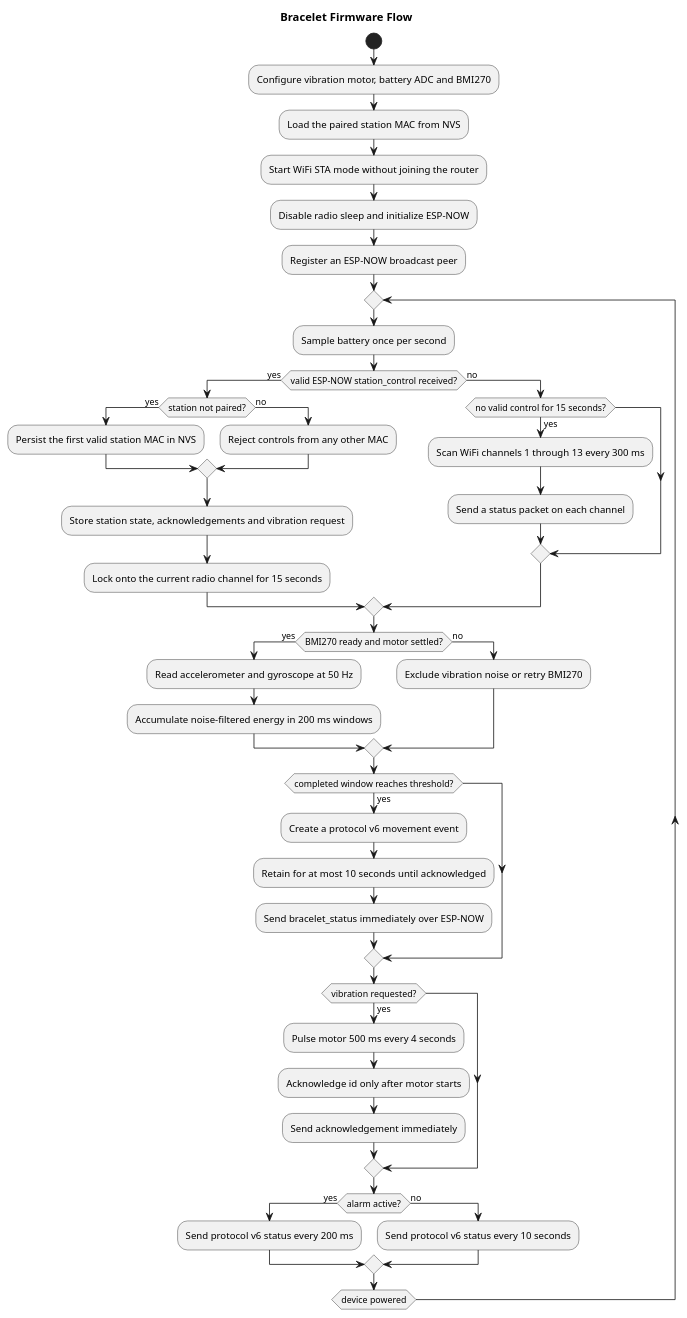
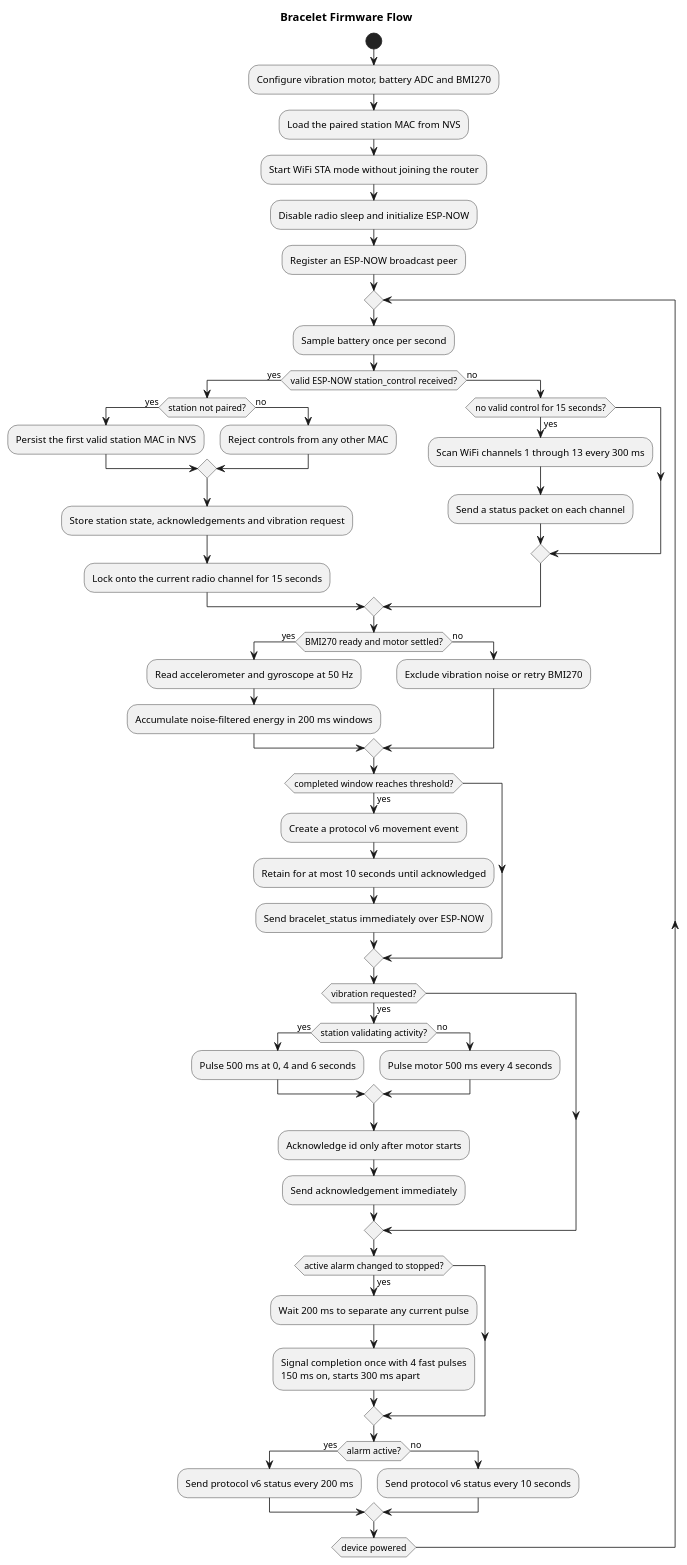
Before and after one commit to Jzn-wbr/Starter: the diagram in code/bracelet/UML/bracelet_firmware_flow.puml, drawn with PlantUML. The commit also changed 8 other files, not shown here.

```diff
--- a/code/bracelet/UML/bracelet_firmware_flow.puml
+++ b/code/bracelet/UML/bracelet_firmware_flow.puml
@@ -1,55 +1,64 @@
 @startuml
 title Bracelet Firmware Flow
 
 start
 :Configure vibration motor, battery ADC and BMI270;
 :Load the paired station MAC from NVS;
 :Start WiFi STA mode without joining the router;
 :Disable radio sleep and initialize ESP-NOW;
 :Register an ESP-NOW broadcast peer;
 
 repeat
   :Sample battery once per second;
 
   if (valid ESP-NOW station_control received?) then (yes)
     if (station not paired?) then (yes)
       :Persist the first valid station MAC in NVS;
     else (no)
       :Reject controls from any other MAC;
     endif
     :Store station state, acknowledgements and vibration request;
     :Lock onto the current radio channel for 15 seconds;
   else (no)
     if (no valid control for 15 seconds?) then (yes)
       :Scan WiFi channels 1 through 13 every 300 ms;
       :Send a status packet on each channel;
     endif
   endif
 
   if (BMI270 ready and motor settled?) then (yes)
     :Read accelerometer and gyroscope at 50 Hz;
     :Accumulate noise-filtered energy in 200 ms windows;
   else (no)
     :Exclude vibration noise or retry BMI270;
   endif
 
   if (completed window reaches threshold?) then (yes)
     :Create a protocol v6 movement event;
     :Retain for at most 10 seconds until acknowledged;
     :Send bracelet_status immediately over ESP-NOW;
   endif
 
   if (vibration requested?) then (yes)
-    :Pulse motor 500 ms every 4 seconds;
+    if (station validating activity?) then (yes)
+      :Pulse 500 ms at 0, 4 and 6 seconds;
+    else (no)
+      :Pulse motor 500 ms every 4 seconds;
+    endif
     :Acknowledge id only after motor starts;
     :Send acknowledgement immediately;
+  endif
+
+  if (active alarm changed to stopped?) then (yes)
+    :Wait 200 ms to separate any current pulse;
+    :Signal completion once with 4 fast pulses\n150 ms on, starts 300 ms apart;
   endif
 
   if (alarm active?) then (yes)
     :Send protocol v6 status every 200 ms;
   else (no)
     :Send protocol v6 status every 10 seconds;
   endif
 repeat while (device powered)
 
 @enduml
```
